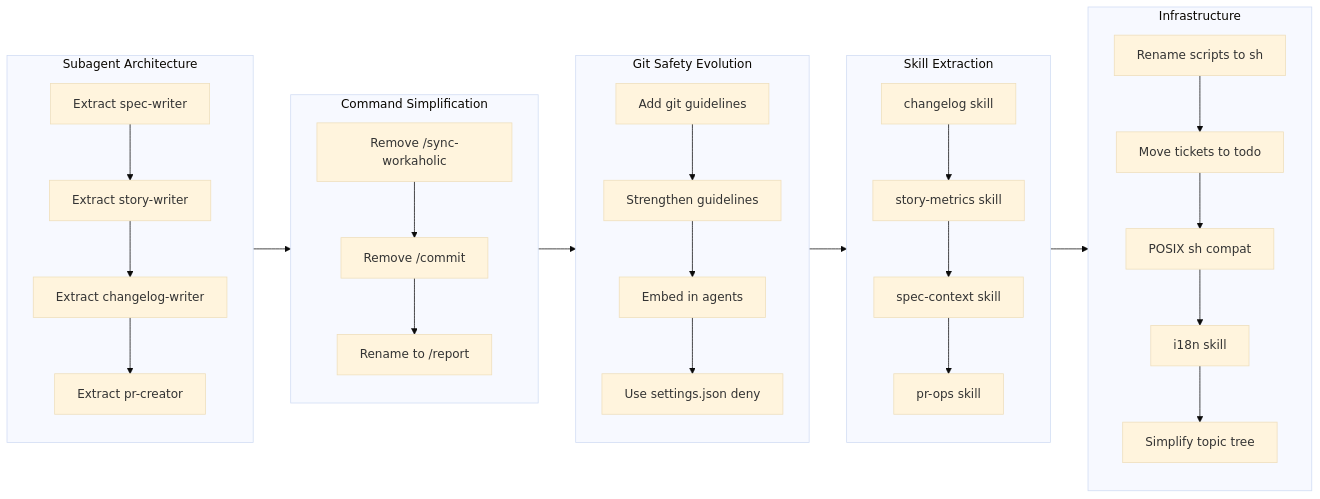
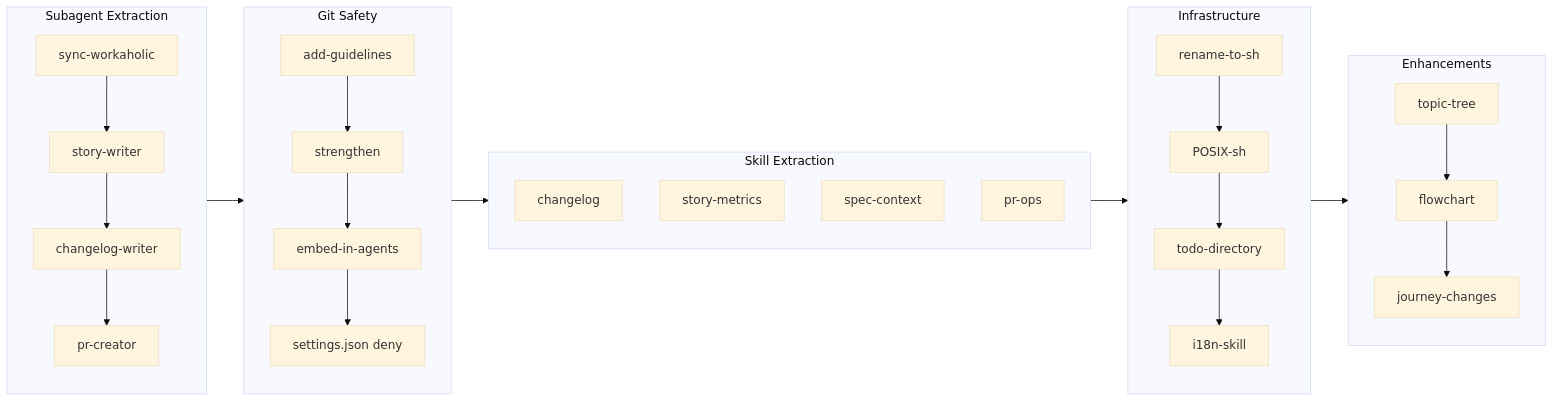
One commit to qmu/workaholic changed the diagram in .workaholic/stories/feat-20260126-214833.md. Above: the diagram before and after it, drawn with Mermaid (base theme). The commit also changed other lines of this file and 30 other files, not shown here.

````diff
--- a/.workaholic/stories/feat-20260126-214833.md
+++ b/.workaholic/stories/feat-20260126-214833.md
@@ -42,37 +15,19 @@
 ```mermaid
 flowchart LR
-    subgraph Phase1[Subagent Architecture]
-        s1[Extract spec-writer] --> s2[Extract story-writer]
-        s2 --> s3[Extract changelog-writer]
-        s3 --> s4[Extract pr-creator]
+    subgraph Phase1[Subagent Extraction]
+        s1[sync-workaholic] --> s2[story-writer] --> s3[changelog-writer] --> s4[pr-creator]
     end
-
-    subgraph Phase2[Command Simplification]
-        c1[Remove /sync-workaholic] --> c2[Remove /commit]
-        c2 --> c3[Rename to /report]
+    subgraph Phase2[Git Safety]
+        g1[add-guidelines] --> g2[strengthen] --> g3[embed-in-agents] --> g4[settings.json deny]
     end
-
-    subgraph Phase3[Git Safety Evolution]
-        g1[Add git guidelines] --> g2[Strengthen guidelines]
-        g2 --> g3[Embed in agents]
-        g3 --> g4[Use settings.json deny]
+    subgraph Phase3[Skill Extraction]
+        k1[changelog] & k2[story-metrics] & k3[spec-context] & k4[pr-ops]
     end
-
-    subgraph Phase4[Skill Extraction]
-        k1[changelog skill] --> k2[story-metrics skill]
-        k2 --> k3[spec-context skill]
-        k3 --> k4[pr-ops skill]
+    subgraph Phase4[Infrastructure]
+        i1[rename-to-sh] --> i2[POSIX-sh] --> i3[todo-directory] --> i4[i18n-skill]
     end
-
-    subgraph Phase5[Infrastructure]
-        i1[Rename scripts to sh] --> i2[Move tickets to todo]
-        i2 --> i3[POSIX sh compat]
-        i3 --> i4[i18n skill]
-        i4 --> i5[Simplify topic tree]
+    subgraph Phase5[Enhancements]
+        e1[topic-tree] --> e2[flowchart] --> e3[journey-changes]
     end
-
-    Phase1 --> Phase2
-    Phase2 --> Phase3
-    Phase3 --> Phase4
-    Phase4 --> Phase5
+    Phase1 --> Phase2 --> Phase3 --> Phase4 --> Phase5
 ```
````
